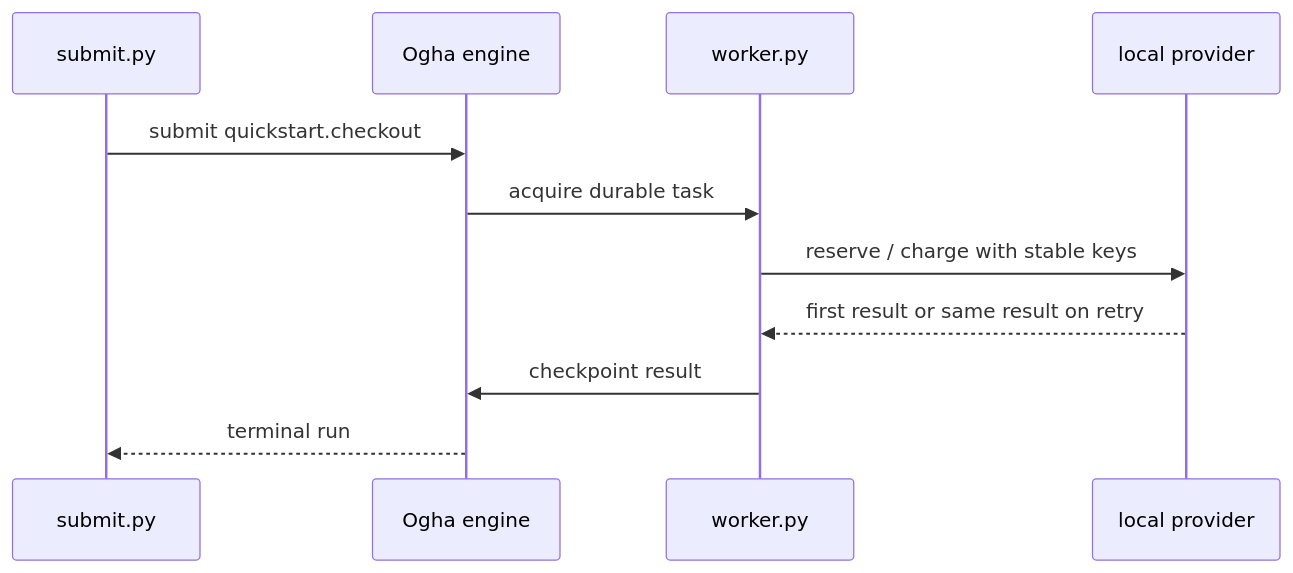
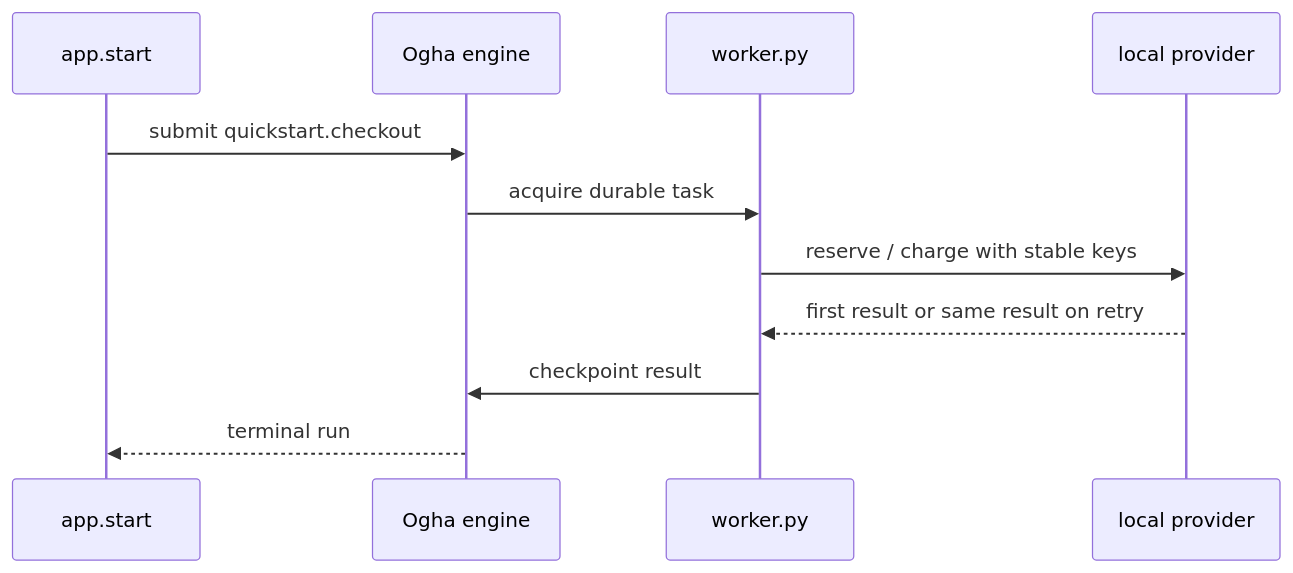
The first of 2 diagrams in docs/quickstart.md (vedhlabs/sdk-examples), drawn with Mermaid before and after one commit. The commit also changed other lines of this file and 54 other files, not shown here.

````diff
--- a/docs/quickstart.md
+++ b/docs/quickstart.md
@@ -9,13 +9,13 @@
 ```mermaid
 sequenceDiagram
-    participant S as submit.py
+    participant S as app.start
     participant E as Ogha engine
     participant W as worker.py
     participant P as local provider
     S->>E: submit quickstart.checkout
     E->>W: acquire durable task
     W->>P: reserve / charge with stable keys
     P-->>W: first result or same result on retry
     W->>E: checkpoint result
     E-->>S: terminal run
 ```
````
